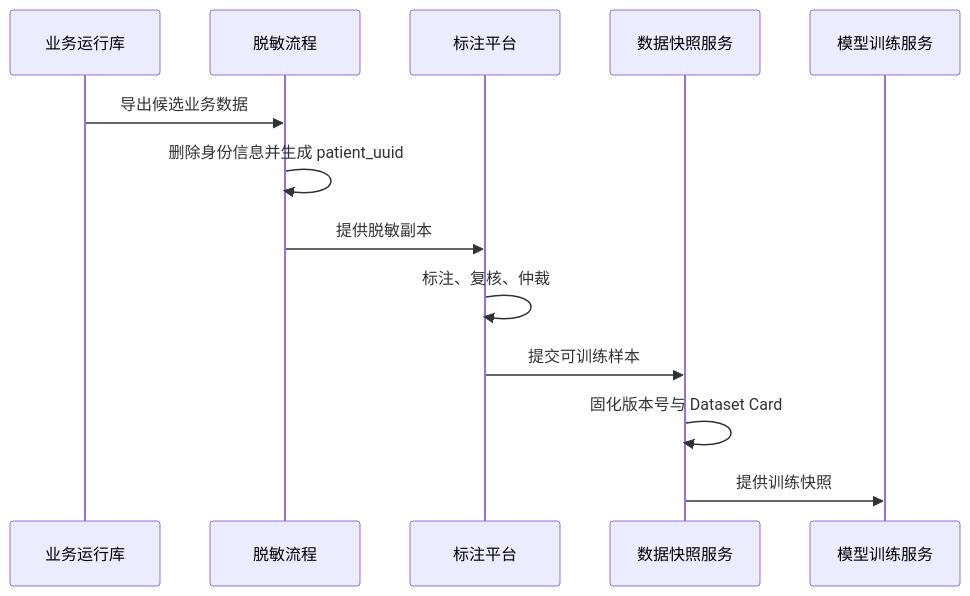
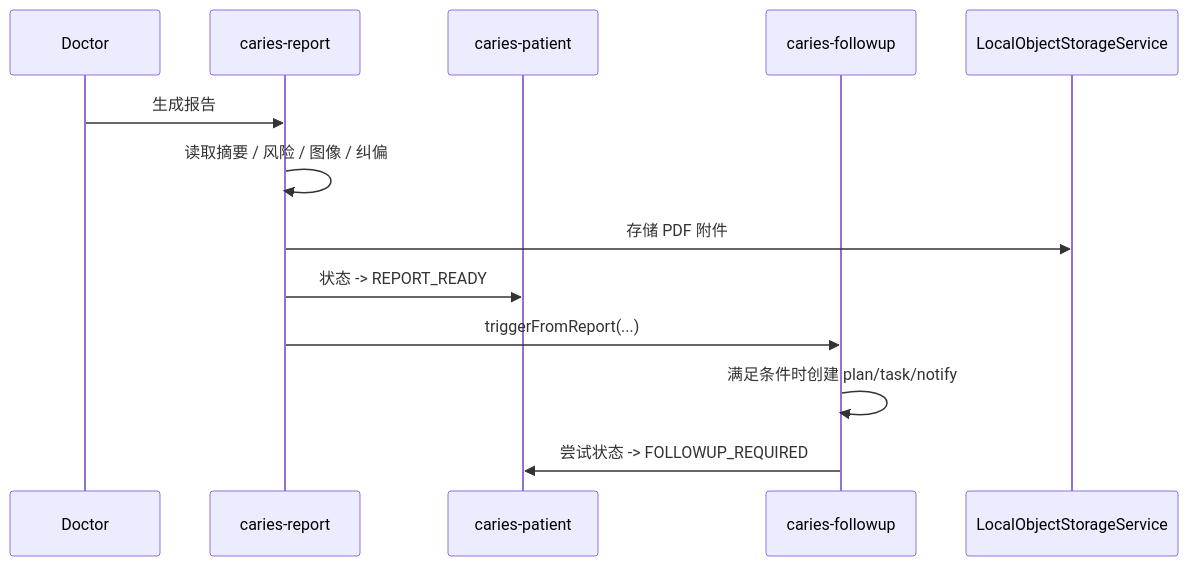
One commit to lizhuoheng47/caries_guard changed the fourth of 7 diagrams in Documents/02_UML图集.md. Above: the diagram before and after it, drawn with Mermaid. The commit also changed other lines of this file and 83 other files, not shown here.

First line of the commit message:
docs(architecture): 添加系统架构与开发规范文档

````diff
--- a/Documents/02_UML图集.md
+++ b/Documents/02_UML图集.md
@@ -502,16 +119,16 @@
 ```mermaid
 sequenceDiagram
-    participant Biz as 业务运行库
-    participant Desensitize as 脱敏流程
-    participant Annot as 标注平台
-    participant Snapshot as 数据快照服务
-    participant Train as 模型训练服务
+    participant User as Doctor
+    participant Report as caries-report
+    participant Case as caries-patient
+    participant Followup as caries-followup
+    participant Store as LocalObjectStorageService
 
-    Biz->>Desensitize: 导出候选业务数据
-    Desensitize->>Desensitize: 删除身份信息并生成 patient_uuid
-    Desensitize->>Annot: 提供脱敏副本
-    Annot->>Annot: 标注、复核、仲裁
-    Annot->>Snapshot: 提交可训练样本
-    Snapshot->>Snapshot: 固化版本号与 Dataset Card
-    Snapshot->>Train: 提供训练快照
+    User->>Report: 生成报告
+    Report->>Report: 读取摘要 / 风险 / 图像 / 纠偏
+    Report->>Store: 存储 PDF 附件
+    Report->>Case: 状态 -> REPORT_READY
+    Report->>Followup: triggerFromReport(...)
+    Followup->>Followup: 满足条件时创建 plan/task/notify
+    Followup->>Case: 尝试状态 -> FOLLOWUP_REQUIRED
 ```
````
